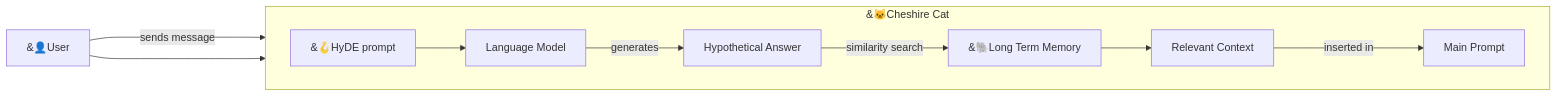
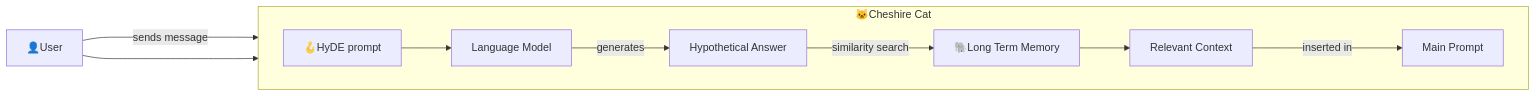
One commit to cheshire-cat-ai/docs changed the diagram in mkdocs/conceptual/prompts/hyde.md. Above: the diagram before and after it, drawn with Mermaid. The commit also changed 6 other files, not shown here.

Commit message:
fixed & in mermaid's emoji

````diff
--- a/mkdocs/conceptual/prompts/hyde.md
+++ b/mkdocs/conceptual/prompts/hyde.md
@@ -40,13 +40,13 @@
 ```mermaid
 flowchart LR
-    subgraph cat ["&#128049;Cheshire Cat"]
+    subgraph cat ["#128049;Cheshire Cat"]
     direction LR
-    hyde["&#129693;HyDE prompt"] --> llm[Language Model];
+    hyde["#129693;HyDE prompt"] --> llm[Language Model];
     llm -->|generates|answer[Hypothetical Answer];
-    answer -->|similarity search|ltm["&#128024;Long Term Memory"];
+    answer -->|similarity search|ltm["#128024;Long Term Memory"];
     ltm --> context[Relevant Context];
     context --->|inserted in|prompt[Main Prompt];
     end
-    A["&#128100;User"] ---->|sends message|hyde;
+    A["#128100;User"] ---->|sends message|hyde;
     A --> prompt
 ```
````
